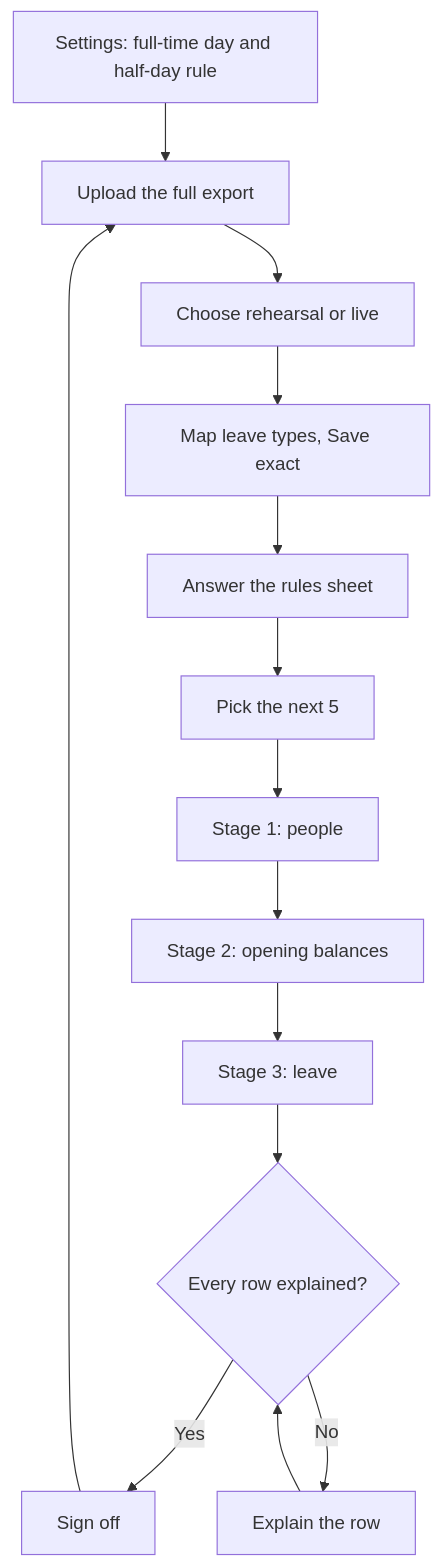
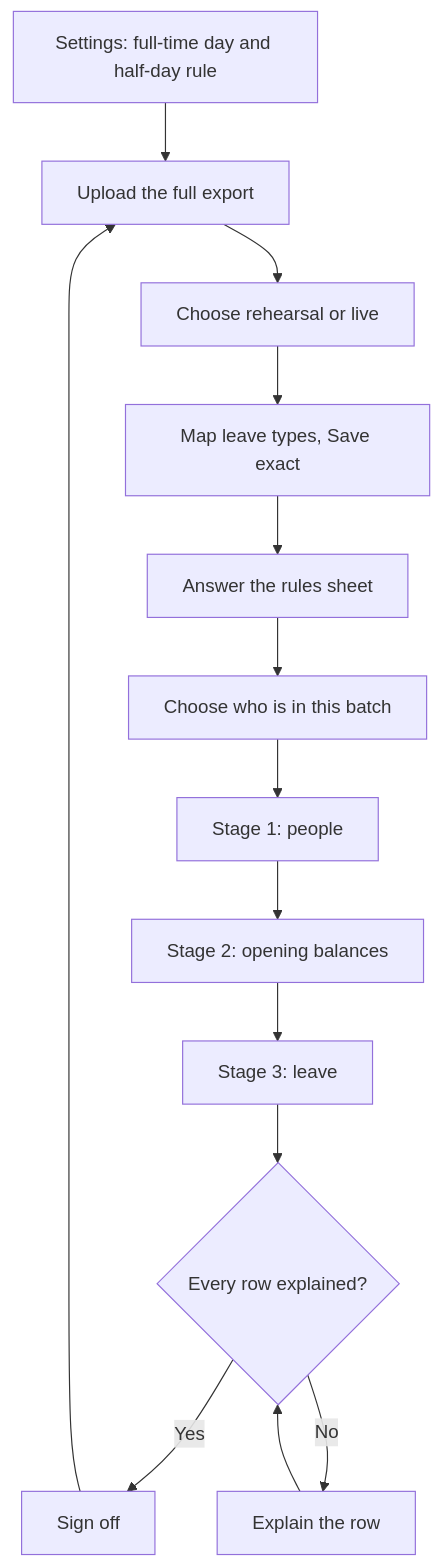
The diagram in docs/app/timetastic-import.md (Hulupeep/timebreez-help), drawn with Mermaid before and after one commit. The commit also changed other lines of this file and 2 other files, not shown here.

First line of the commit message:
docs(import): batch size is your choice; Pick the next 5 is a shortcut, suggest 5 to 10 (Hulupeep/timebreez#1175)

````diff
--- a/docs/app/timetastic-import.md
+++ b/docs/app/timetastic-import.md
@@ -39,16 +39,16 @@
 ```mermaid
 flowchart TD
     S[Settings: full-time day and half-day rule] --> U[Upload the full export]
     U --> O[Choose rehearsal or live]
     O --> M[Map leave types, Save exact]
     M --> R[Answer the rules sheet]
-    R --> P[Pick the next 5]
+    R --> P[Choose who is in this batch]
     P --> S1[Stage 1: people]
     S1 --> S2[Stage 2: opening balances]
     S2 --> S3[Stage 3: leave]
     S3 --> X{Every row explained?}
     X -->|Yes| SO[Sign off]
     X -->|No| E[Explain the row]
     E --> X
     SO --> U
 ```
````
